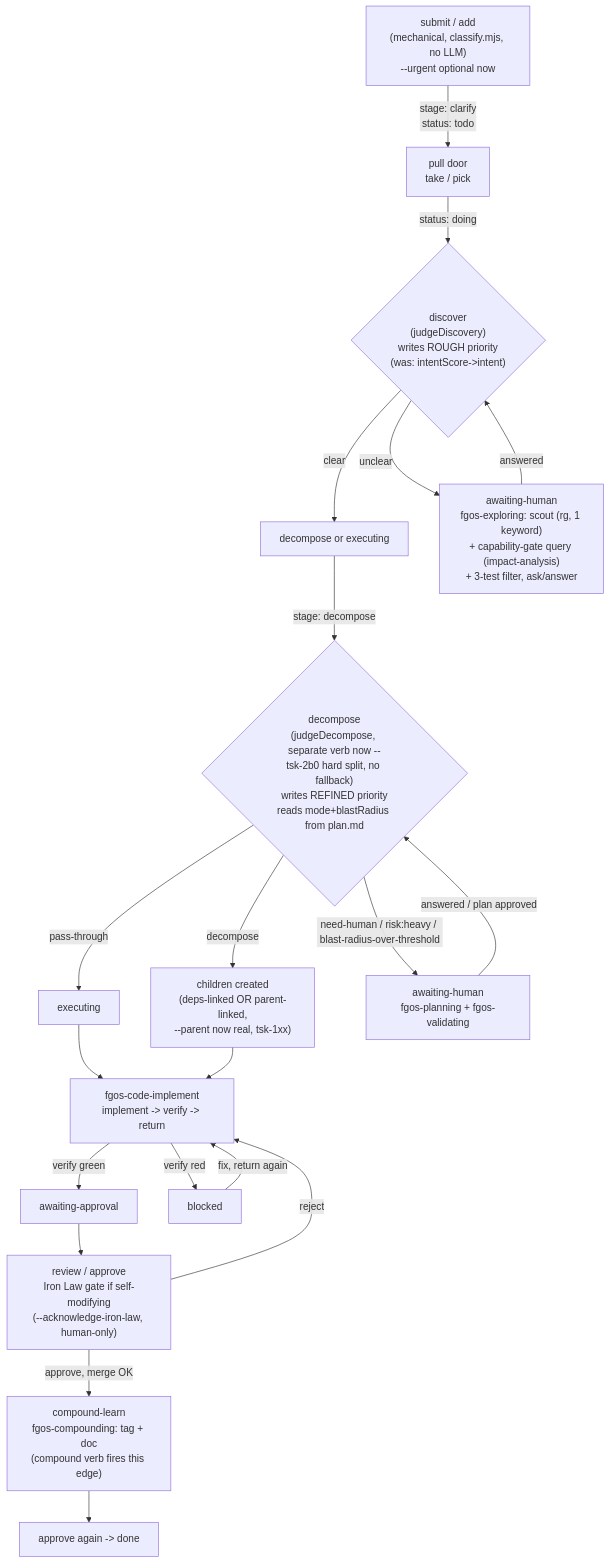
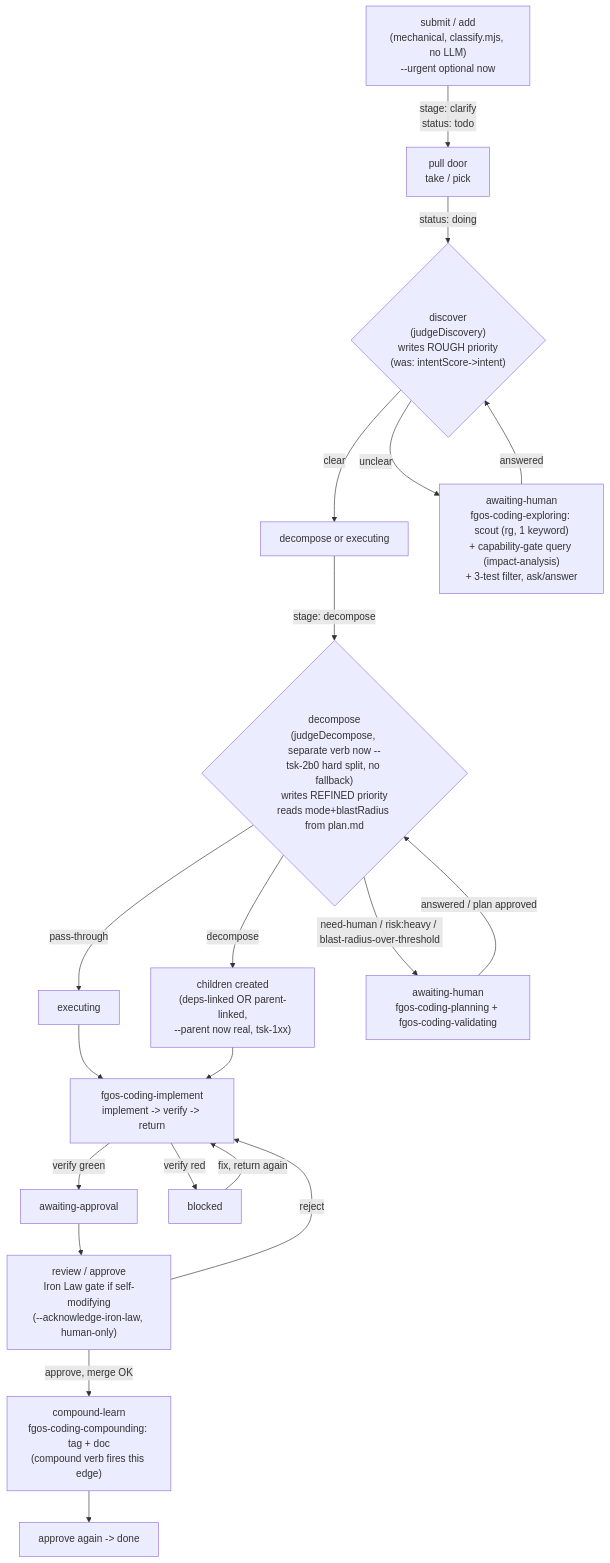
One commit to vantt/forgent changed the diagram in plans/reports/pipeline-doc-refresh-260731-1452-post-tsk-4y5-daily-flow-impact-report.md. Above: the diagram before and after it, drawn with Mermaid. The commit also changed other lines of this file and 671 other files, not shown here.

````diff
--- a/plans/reports/pipeline-doc-refresh-260731-1452-post-tsk-4y5-daily-flow-impact-report.md
+++ b/plans/reports/pipeline-doc-refresh-260731-1452-post-tsk-4y5-daily-flow-impact-report.md
@@ -11,22 +11,22 @@
 ```mermaid
 flowchart TD
     A["submit / add<br/>(mechanical, classify.mjs, no LLM)<br/>--urgent optional now"] -->|"stage: clarify<br/>status: todo"| B["pull door<br/>take / pick"]
     B -->|"status: doing"| C{"discover<br/>(judgeDiscovery)<br/>writes ROUGH priority<br/>(was: intentScore->intent)"}
     C -->|"clear"| E1["decompose or executing"]
-    C -->|"unclear"| D["awaiting-human<br/>fgos-exploring: scout (rg, 1 keyword)<br/>+ capability-gate query (impact-analysis)<br/>+ 3-test filter, ask/answer"]
+    C -->|"unclear"| D["awaiting-human<br/>fgos-coding-exploring: scout (rg, 1 keyword)<br/>+ capability-gate query (impact-analysis)<br/>+ 3-test filter, ask/answer"]
     D -->|"answered"| C
     E1 -->|"stage: decompose"| F{"decompose<br/>(judgeDecompose, separate verb now --<br/>tsk-2b0 hard split, no fallback)<br/>writes REFINED priority<br/>reads mode+blastRadius from plan.md"}
     F -->|"pass-through"| H["executing"]
     F -->|"decompose"| G["children created<br/>(deps-linked OR parent-linked,<br/>--parent now real, tsk-1xx)"]
-    F -->|"need-human / risk:heavy / blast-radius-over-threshold"| D2["awaiting-human<br/>fgos-planning + fgos-validating"]
+    F -->|"need-human / risk:heavy / blast-radius-over-threshold"| D2["awaiting-human<br/>fgos-coding-planning + fgos-coding-validating"]
     D2 -->|"answered / plan approved"| F
-    H --> I["fgos-code-implement<br/>implement -> verify -> return"]
+    H --> I["fgos-coding-implement<br/>implement -> verify -> return"]
     G --> I
     I -->|"verify green"| J["awaiting-approval"]
     I -->|"verify red"| K["blocked"]
     K -->|"fix, return again"| I
     J --> L["review / approve<br/>Iron Law gate if self-modifying<br/>(--acknowledge-iron-law, human-only)"]
     L -->|"reject"| I
-    L -->|"approve, merge OK"| M["compound-learn<br/>fgos-compounding: tag + doc<br/>(compound verb fires this edge)"]
+    L -->|"approve, merge OK"| M["compound-learn<br/>fgos-coding-compounding: tag + doc<br/>(compound verb fires this edge)"]
     M --> N["approve again -> done"]
 ```
````
